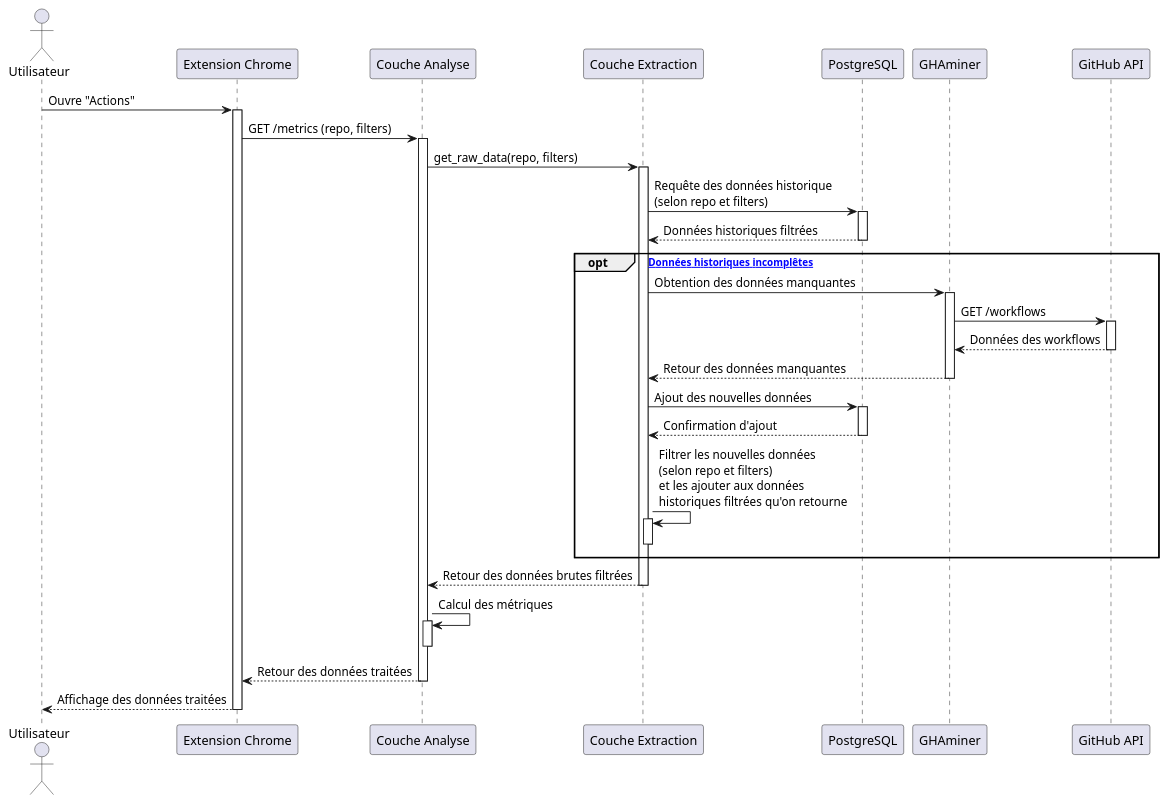
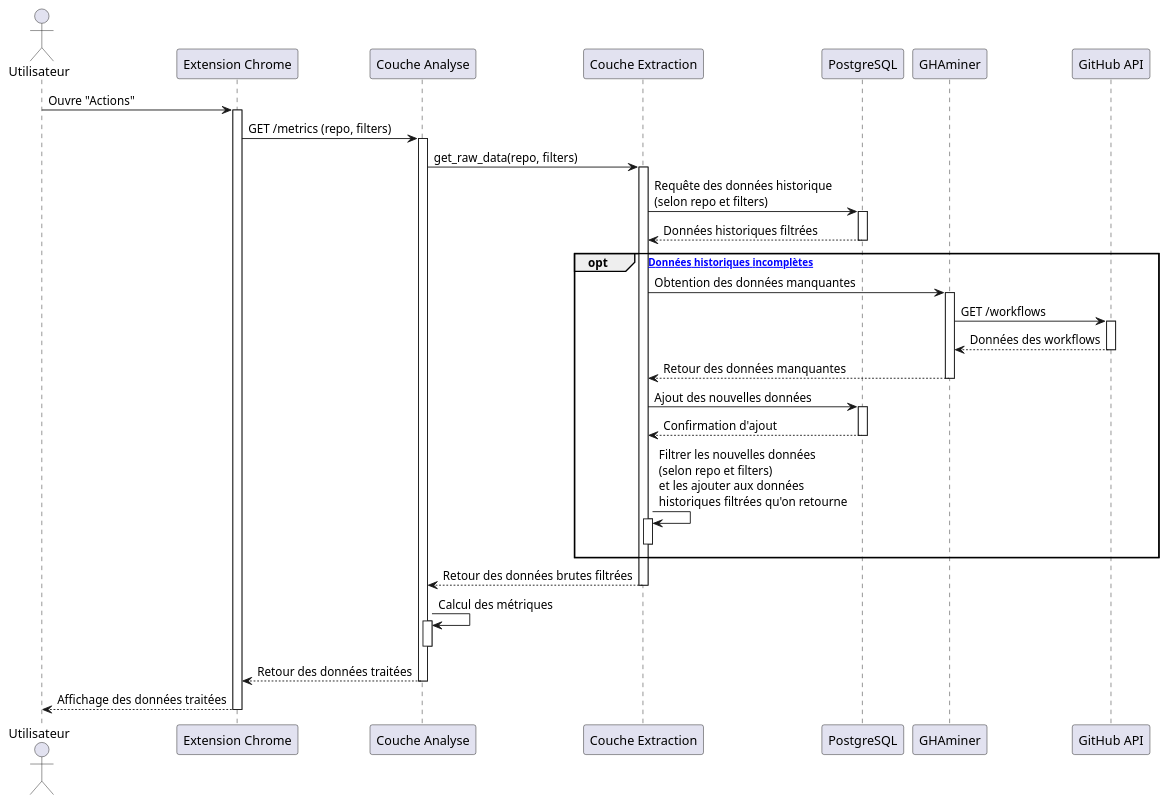
One commit to stilab-ets/GHA-Dashboard changed the diagram in doc/architecture_sequence_diagram.puml. Above: the diagram before and after it, drawn with PlantUML. The commit also changed 1 other file, not shown here.

Commit message:
fix: typo in sequence diagram

```diff
--- a/doc/architecture_sequence_diagram.puml
+++ b/doc/architecture_sequence_diagram.puml
@@ -1,60 +1,60 @@
 @startuml architecture_sequence_diagram
 ' Participant definitions
 actor "Utilisateur" as user
 participant "Extension Chrome" as ext
 participant "Couche Analyse" as lAnalysis
 participant "Couche Extraction" as lExtraction
 participant "PostgreSQL" as db
 participant "GHAminer" as miner
 participant "GitHub API" as gh
 
 user -> ext : Ouvre "Actions"
 activate ext
 
 ext -> lAnalysis : GET /metrics (repo, filters)
 
 activate lAnalysis
 lAnalysis -> lExtraction : get_raw_data(repo, filters)
 
 activate lExtraction
 lExtraction -> db : Requête des données historique\n(selon repo et filters)
 activate db
 db --> lExtraction : Données historiques filtrées
 deactivate db
 
-opt ["Données historiques incomplêtes"]
+opt ["Données historiques incomplètes"]
     lExtraction -> miner : Obtention des données manquantes
     activate miner
     miner -> gh : GET /workflows
     activate gh
     gh --> miner: Données des workflows
     deactivate gh
 
     miner --> lExtraction : Retour des données manquantes
     deactivate miner
 
     lExtraction -> db : Ajout des nouvelles données
     activate db
     db --> lExtraction : Confirmation d'ajout
     deactivate db
 
     lExtraction -> lExtraction: Filtrer les nouvelles données\n(selon repo et filters)\net les ajouter aux données\nhistoriques filtrées qu'on retourne
     activate lExtraction
     deactivate lExtraction
 end
 
 lExtraction --> lAnalysis: Retour des données brutes filtrées
 deactivate lExtraction
 
 lAnalysis -> lAnalysis: Calcul des métriques
 activate lAnalysis
 deactivate lAnalysis
 
 lAnalysis --> ext : Retour des données traitées
 deactivate lAnalysis
 ext --> user : Affichage des données traitées
 deactivate ext
 
 deactivate ext
 
 @enduml
```
